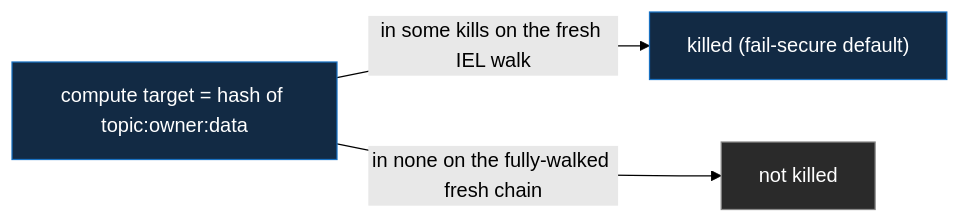
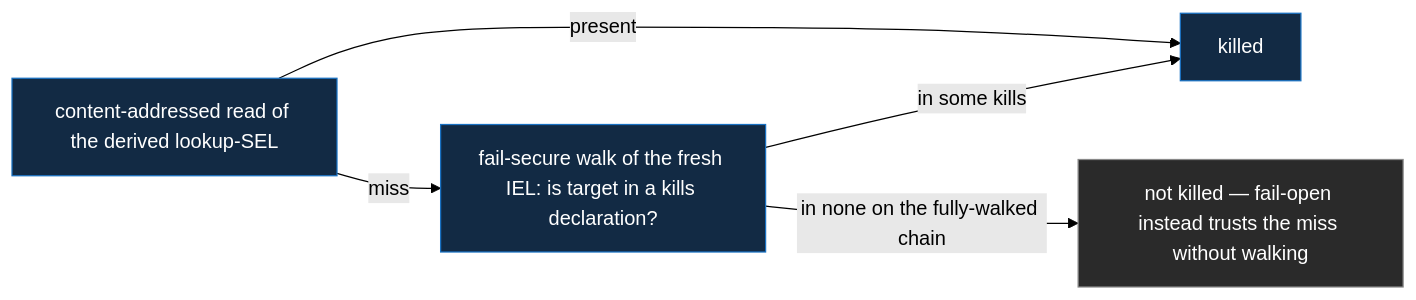
One commit to jasoncolburne/vdti changed the third of 3 diagrams in docs/design/protocol-doctrine.md. Above: the diagram before and after it, drawn with Mermaid (forest theme). The commit also changed other lines of this file and 45 other files, not shown here.

````diff
--- a/docs/design/protocol-doctrine.md
+++ b/docs/design/protocol-doctrine.md
@@ -1184,8 +1268,10 @@
 ```mermaid
 flowchart LR
-tgt["compute target = hash of topic:owner:data"]:::sel
-tgt -->|in some kills on the fresh IEL walk| hit["killed  (fail-secure default)"]:::sel
-tgt -->|in none on the fully-walked fresh chain| miss["not killed"]:::none
+o1["content-addressed read of the derived lookup-SEL"]:::sel
+o1 -->|present| killed["killed"]:::sel
+o1 -->|miss| walk["fail-secure walk of the fresh IEL: is target in a kills declaration?"]:::sel
+walk -->|in some kills| killed
+walk -->|in none on the fully-walked chain| notk["not killed — fail-open instead trusts the miss without walking"]:::none
 classDef sel fill:#122a44,stroke:#1971c2,color:#fff
 classDef none fill:#2a2a2a,stroke:#888888,color:#fff
 ```
````
